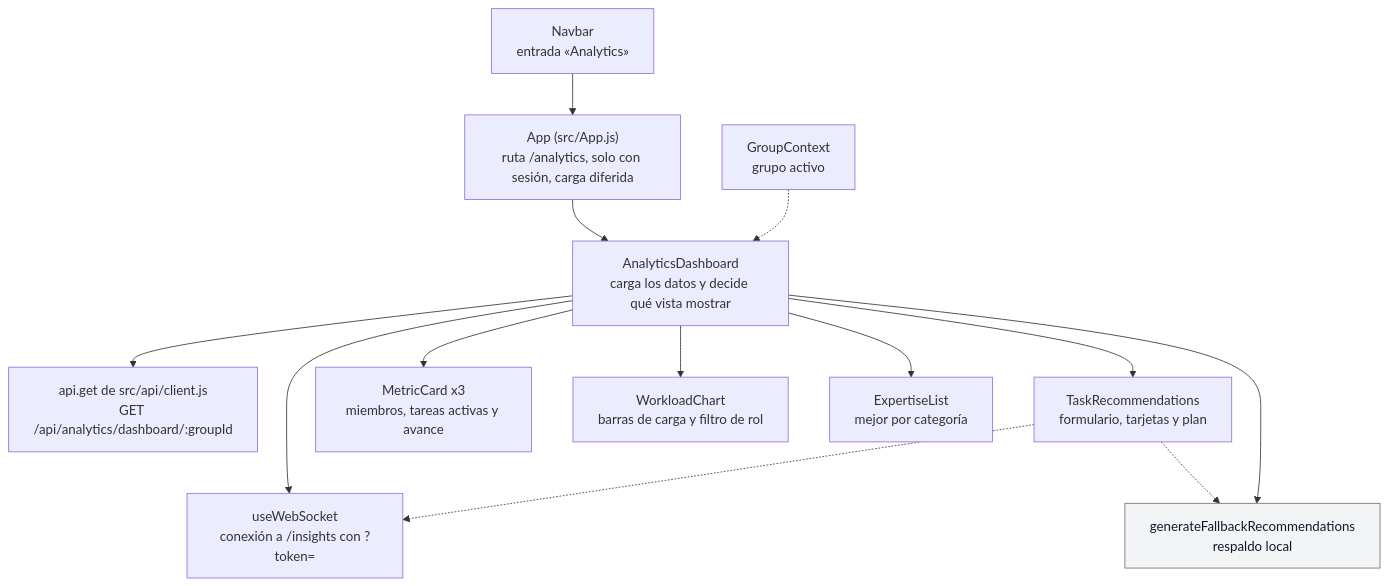
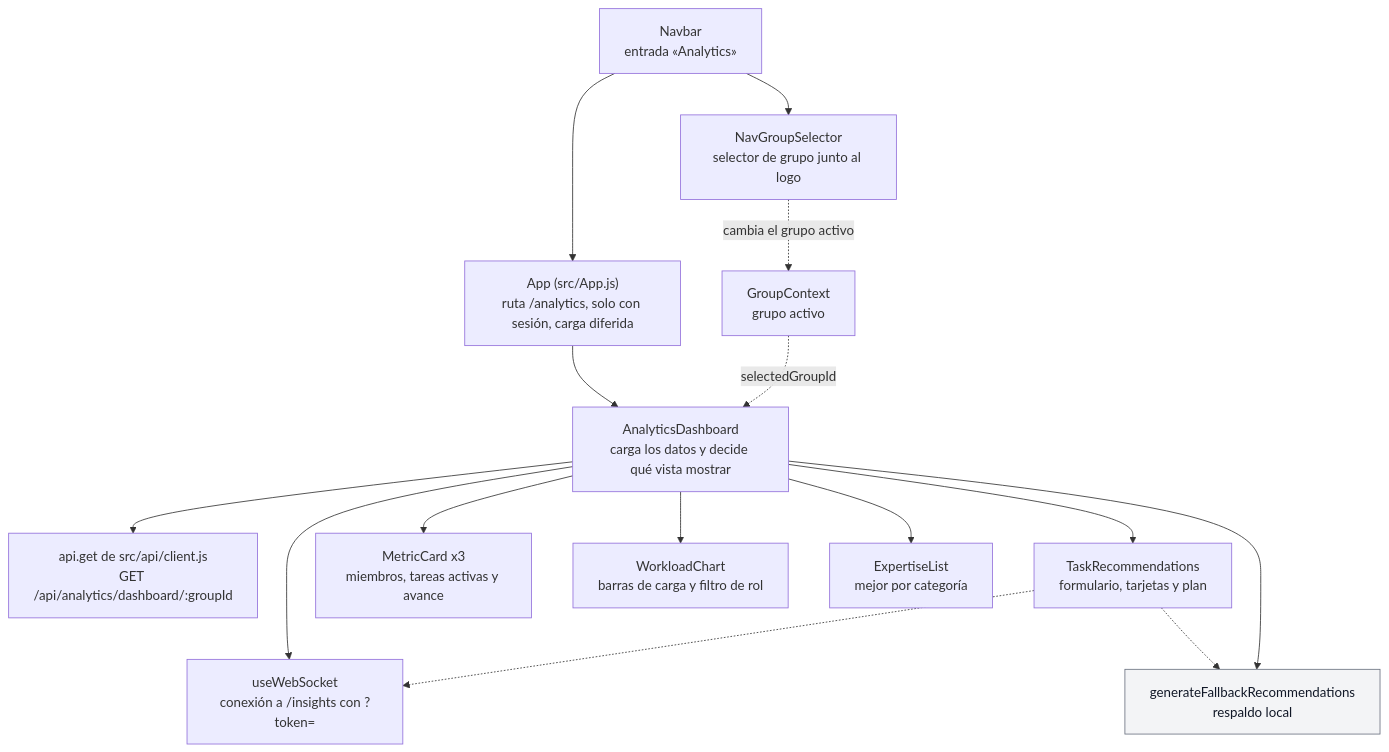
The diagram in documentacion/05-interfaz/06-analytics.md (PabloP150/proyecto-is-cc6), drawn with Mermaid before and after one commit. The commit also changed other lines of this file and 204 other files, not shown here.

First line of the commit message:
docs: update all documentation, diagrams and PNGs to the test/e2e state

````diff
--- a/documentacion/05-interfaz/06-analytics.md
+++ b/documentacion/05-interfaz/06-analytics.md
@@ -60,18 +63,20 @@
 ```mermaid
 flowchart TD
     NAV["Navbar<br/>entrada «Analytics»"] --> APP["App (src/App.js)<br/>ruta /analytics, solo con sesión, carga diferida"]
+    NAV --> NGS["NavGroupSelector<br/>selector de grupo junto al logo"]
+    NGS -.->|"cambia el grupo activo"| GC
     APP --> AD["AnalyticsDashboard<br/>carga los datos y decide qué vista mostrar"]
-    GC["GroupContext<br/>grupo activo"] -.-> AD
+    GC["GroupContext<br/>grupo activo"] -.->|"selectedGroupId"| AD
     AD --> API["api.get de src/api/client.js<br/>GET /api/analytics/dashboard/:groupId"]
     AD --> WS["useWebSocket<br/>conexión a /insights con ?token="]
     AD --> MC["MetricCard x3<br/>miembros, tareas activas y avance"]
     AD --> WC["WorkloadChart<br/>barras de carga y filtro de rol"]
     AD --> EL["ExpertiseList<br/>mejor por categoría"]
     AD --> TR["TaskRecommendations<br/>formulario, tarjetas y plan"]
     AD --> FB["generateFallbackRecommendations<br/>respaldo local"]
     TR -.-> WS
     TR -.-> FB
 
     classDef local fill:#f3f4f6,stroke:#6b7280,color:#111827
     class FB local
 ```
````
